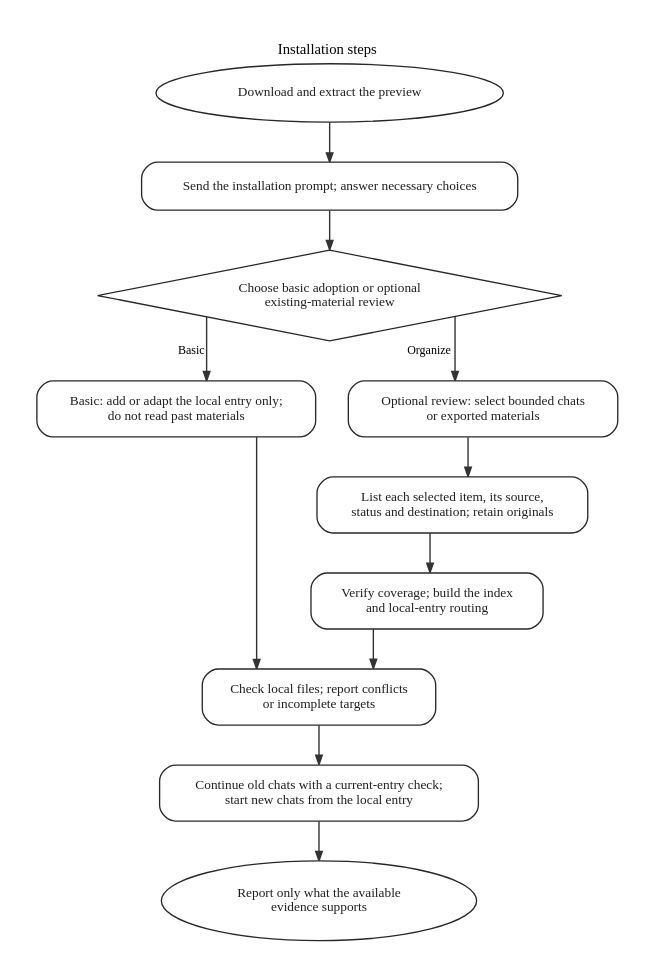
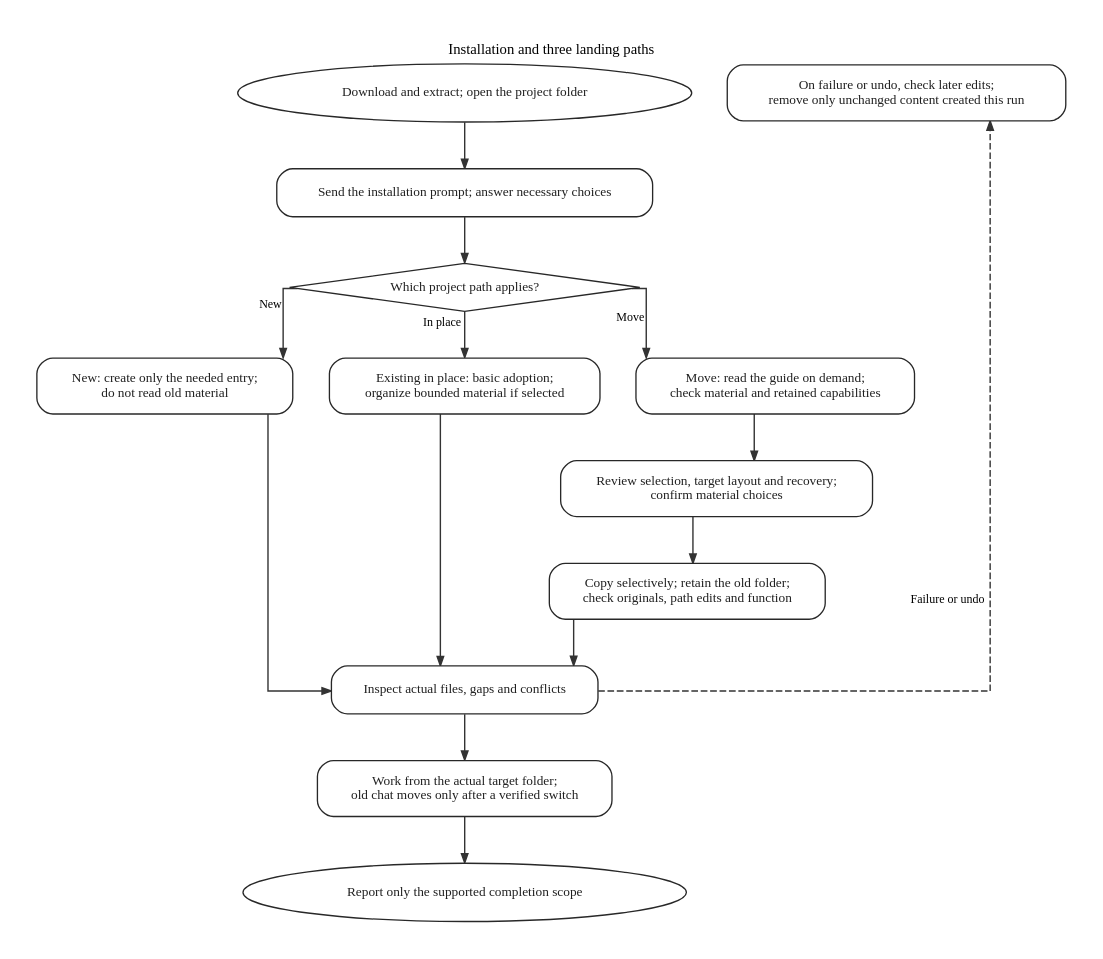
Before and after one commit to Richie521/intelligent-project-governance-system: the diagram in docs/diagrams/installation-guide-en.dot, drawn with Graphviz. The commit also changed 19 other files, not shown here.

Commit message:
Add three-flow adoption and migration preview

```diff
--- a/docs/diagrams/installation-guide-en.dot
+++ b/docs/diagrams/installation-guide-en.dot
@@ -1,37 +1,29 @@
 digraph "installation-guide-en" {
-  graph [
-    rankdir=TB,
-    splines=ortho,
-    ordering=out,
-    outputorder=edgesfirst,
-    nodesep=0.34,
-    ranksep=0.42,
-    pad=0.28,
-    bgcolor="#FFFFFF",
-    fontname="Microsoft YaHei",
-    fontsize=11,
-    label="Installation steps",
-    labelloc=t
-  ];
+  graph [rankdir=TB, splines=ortho, ordering=out, outputorder=edgesfirst, nodesep=0.38, ranksep=0.48, pad=0.28, bgcolor="#FFFFFF", fontname="Microsoft YaHei", fontsize=11, label="Installation and three landing paths", labelloc=t];
   node [fontname="Microsoft YaHei", fontsize=10, color="#282828", fontcolor="#202020", margin="0.20,0.14", style="rounded,filled", fillcolor="#FFFFFF"];
   edge [fontname="Microsoft YaHei", fontsize=9, color="#333333", arrowsize=0.7, penwidth=1.05];
 
-  download [label="Download and extract the preview", shape=ellipse, style=filled];
+  download [label="Download and extract; open the project folder", shape=ellipse, style=filled];
   prompt [label="Send the installation prompt; answer necessary choices", shape=box];
-  choice [label="Choose basic adoption or optional\nexisting-material review", shape=diamond, style=filled, margin="0.12,0.08"];
-  basic [label="Basic: add or adapt the local entry only;\ndo not read past materials", shape=box];
-  scope [label="Optional review: select bounded chats\nor exported materials", shape=box];
-  inventory [label="List each selected item, its source,\nstatus and destination; retain originals", shape=box];
-  verify [label="Verify coverage; build the index\nand local-entry routing", shape=box];
-  files [label="Check local files; report conflicts\nor incomplete targets", shape=box];
-  sessions [label="Continue old chats with a current-entry check;\nstart new chats from the local entry", shape=box];
-  report [label="Report only what the available\nevidence supports", shape=ellipse, style=filled];
+  intent [label="Which project path applies?", shape=diamond, style=filled, margin="0.12,0.08"];
+  new [label="New: create only the needed entry;\ndo not read old material", shape=box];
+  in_place [label="Existing in place: basic adoption;\norganize bounded material if selected", shape=box];
+  migrate [label="Move: read the guide on demand;\ncheck material and retained capabilities", shape=box];
+  plan [label="Review selection, target layout and recovery;\nconfirm material choices", shape=box];
+  copy [label="Copy selectively; retain the old folder;\ncheck originals, path edits and function", shape=box];
+  inspect [label="Inspect actual files, gaps and conflicts", shape=box];
+  sessions [label="Work from the actual target folder;\nold chat moves only after a verified switch", shape=box];
+  recover [label="On failure or undo, check later edits;\nremove only unchanged content created this run", shape=box];
+  report [label="Report only the supported completion scope", shape=ellipse, style=filled];
 
-  { rank=same; basic; scope; }
-  download -> prompt -> choice;
-  choice -> basic [xlabel="Basic"];
-  choice -> scope [xlabel="Organize"];
-  scope -> inventory -> verify -> files;
-  basic -> files;
-  files -> sessions -> report;
+  { rank=same; new; in_place; migrate; }
+  download -> prompt -> intent;
+  intent -> new [xlabel="New"];
+  intent -> in_place [xlabel="In place"];
+  intent -> migrate [xlabel="Move"];
+  migrate -> plan -> copy -> inspect;
+  new -> inspect;
+  in_place -> inspect;
+  inspect -> sessions -> report;
+  inspect -> recover [style=dashed, xlabel="Failure or undo", constraint=false];
 }
```
